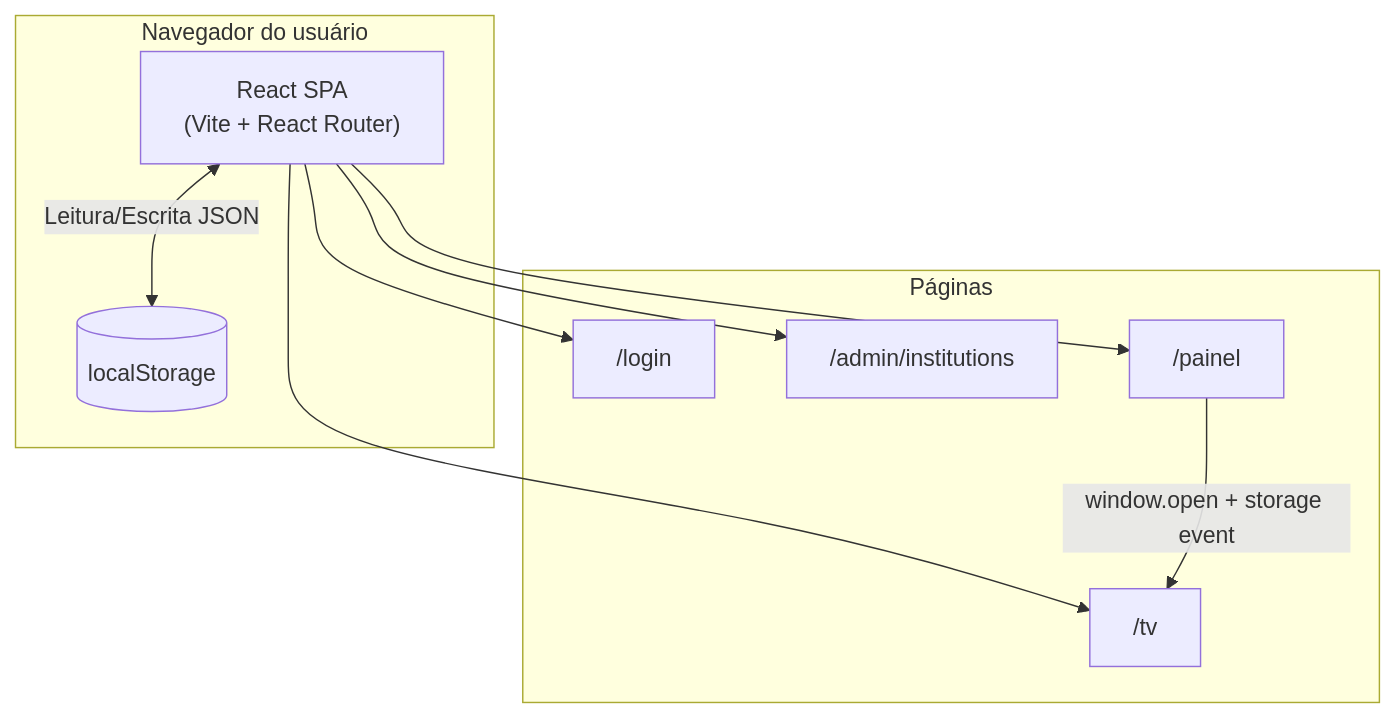
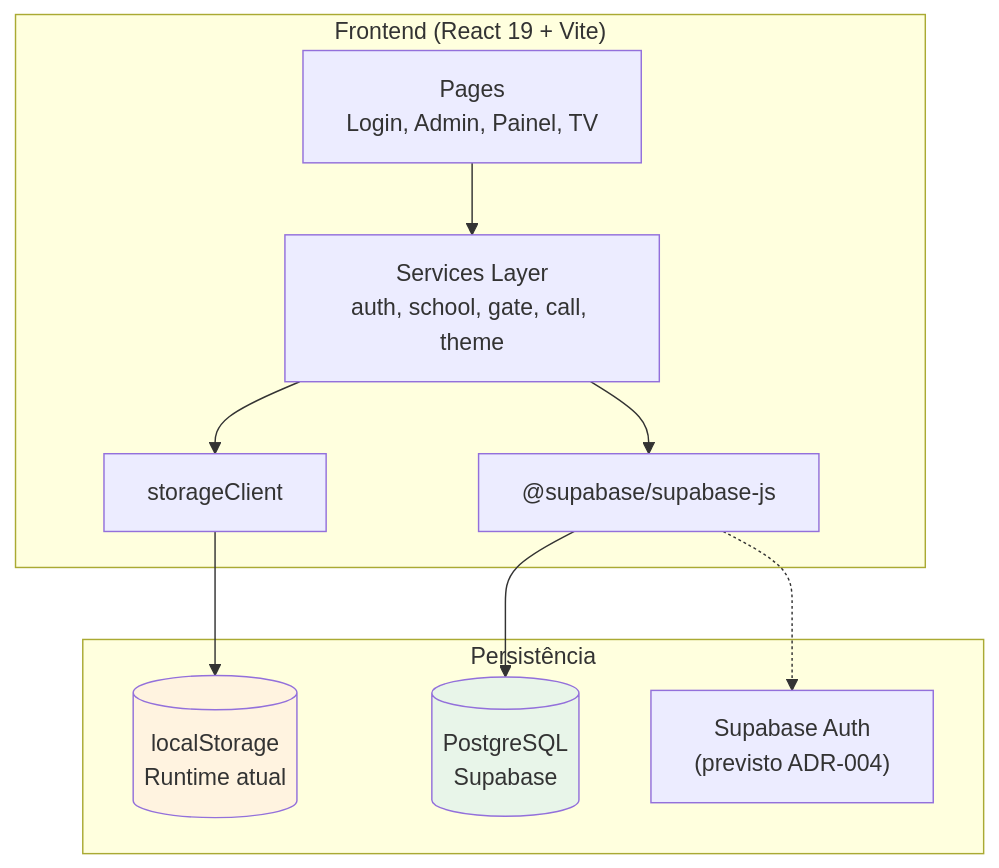
One commit to wesleytj/smart-exit-school changed the first of 2 diagrams in docs/arquitetura.md. Above: the diagram before and after it, drawn with Mermaid. The commit also changed other lines of this file and 14 other files, not shown here.

````diff
--- a/docs/arquitetura.md
+++ b/docs/arquitetura.md
@@ -7,22 +7,25 @@
 ```mermaid
 graph TB
-    subgraph Browser["Navegador do usuário"]
-        UI["React SPA<br/>(Vite + React Router)"]
-        LS[("localStorage")]
-        UI <-->|"Leitura/Escrita JSON"| LS
+    subgraph Frontend["Frontend (React 19 + Vite)"]
+        Pages["Pages<br/>Login, Admin, Painel, TV"]
+        Services["Services Layer<br/>auth, school, gate, call, theme"]
+        StorageClient["storageClient"]
+        SupabaseJS["@supabase/supabase-js"]
     end
 
-    subgraph Pages["Páginas"]
-        Login["/login"]
-        Admin["/admin/institutions"]
-        Painel["/painel"]
-        TV["/tv"]
+    subgraph Persistence["Persistência"]
+        LS[("localStorage<br/>Runtime atual")]
+        PG[("PostgreSQL<br/>Supabase")]
+        Auth["Supabase Auth<br/>(previsto ADR-004)"]
     end
 
-    UI --> Login
-    UI --> Admin
-    UI --> Painel
-    UI --> TV
+    Pages --> Services
+    Services --> StorageClient
+    Services --> SupabaseJS
+    StorageClient --> LS
+    SupabaseJS --> PG
+    SupabaseJS -.-> Auth
 
-    Painel -->|"window.open + storage event"| TV
+    style PG fill:#e8f5e9
+    style LS fill:#fff3e0
 ```
````
